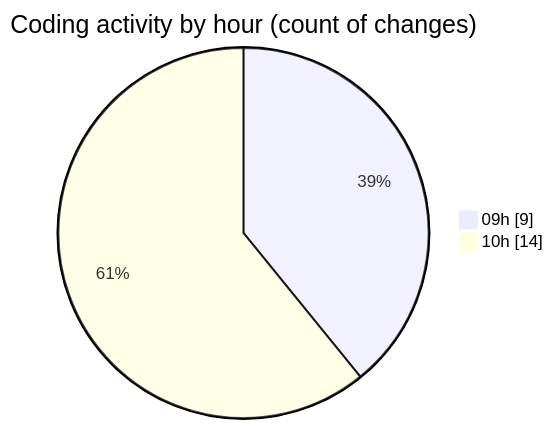
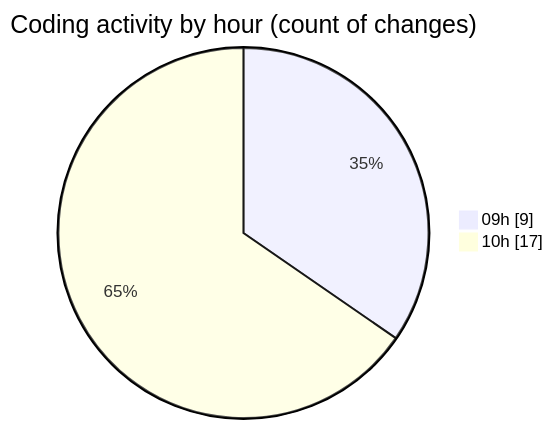
Before and after one commit to robertbonfada/code-tracking: the second of 2 diagrams in 2025-03-04/termonied_testador/README.md, drawn with Mermaid. The commit also changed other lines of this file and 1 other file, not shown here.

````diff
--- a/2025-03-04/termonied_testador/README.md
+++ b/2025-03-04/termonied_testador/README.md
@@ -31,6 +32,6 @@
 ```mermaid
 pie showData
 title Coding activity by hour (count of changes)
 "09h" : 9
-"10h" : 14
+"10h" : 17
 ```
````
